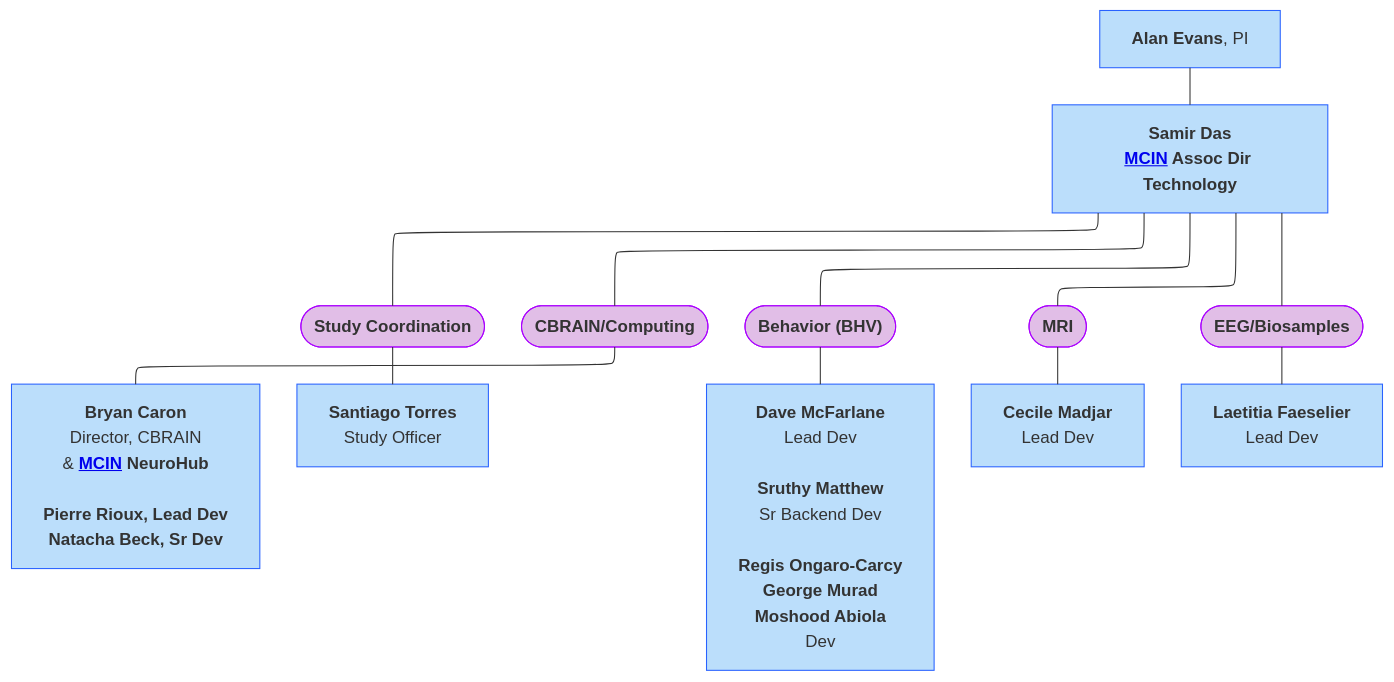
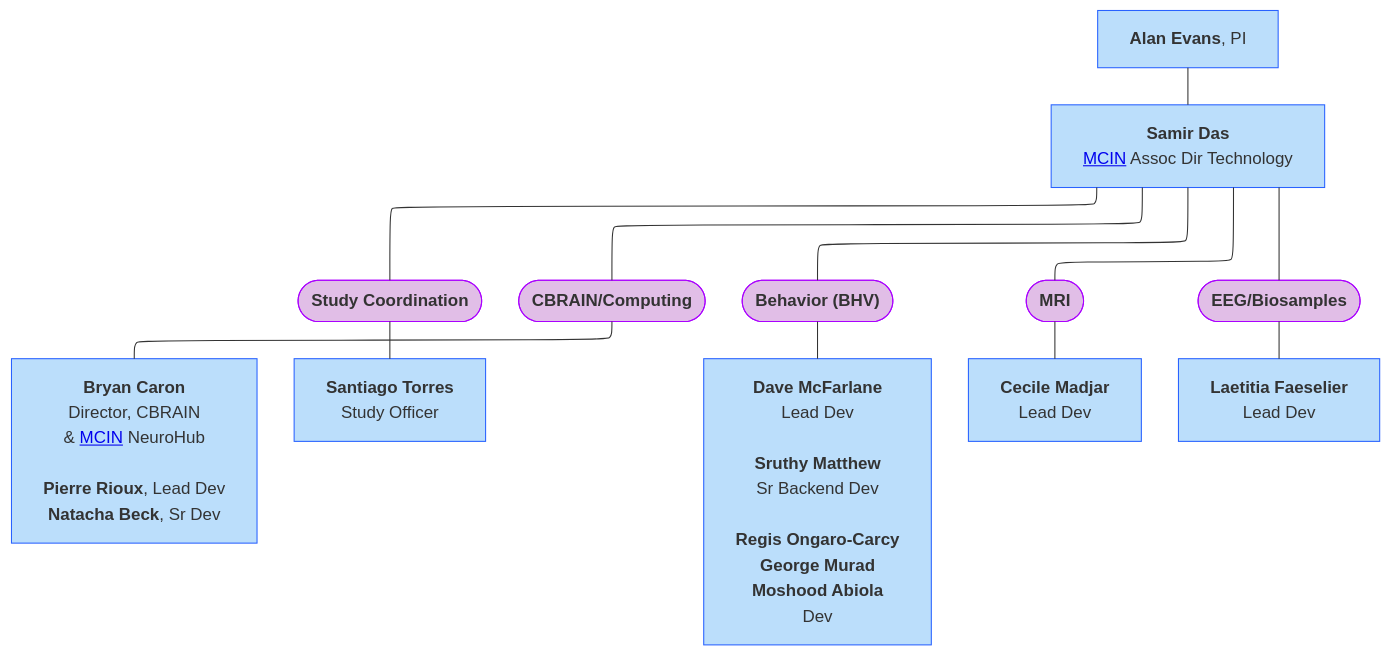
The second of 9 diagrams in docs/orgcharts.md (DCAN-Labs/hbcd-docs-internal), drawn with Mermaid before and after one commit. The commit also changed other lines of this file, not shown here.

Commit message:
fix target blank typo

````diff
--- a/docs/orgcharts.md
+++ b/docs/orgcharts.md
@@ -64,27 +62,27 @@
 ```mermaid
 ---
 config:
   layout: elk
 ---
 flowchart TB
-    A["<b>Alan Evans</b>, PI"] --- nl["<b>Samir Das</b><br><a href="https://mcin.ca/about-mcin/" target="_blank"><b>MCIN</a> Assoc Dir Technology"]
+    A["<b>Alan Evans</b>, PI"] --- nl["<b>Samir Das</b><br><a href="https://mcin.ca/about-mcin/" target="_blank">MCIN</a> Assoc Dir Technology"]
     nl --- n9(["<b>Study Coordination</b>"]) & C(["<b>CBRAIN/Computing</b>"])
-    C --- n12["<b>Bryan Caron</b><br>Director, CBRAIN<br>&amp; <a href="https://mcin.ca/about-mcin/" target="_blank"><b>MCIN</a> NeuroHub<br><br><b>Pierre Rioux</b>, Lead Dev<br><b>Natacha Beck</b>, Sr Dev"]
+    C --- n12["<b>Bryan Caron</b><br>Director, CBRAIN<br>&amp; <a href="https://mcin.ca/about-mcin/" target="_blank">MCIN</a> NeuroHub<br><br><b>Pierre Rioux</b>, Lead Dev<br><b>Natacha Beck</b>, Sr Dev"]
     n9 --- E["<b>Santiago Torres</b><br>Study Officer"]
     F(["<b>Behavior (BHV)</b>"]) --- I["<b>Dave McFarlane</b><br>Lead Dev<br><br><b>Sruthy Matthew</b><br>Sr Backend Dev<br><br><b>Regis Ongaro-Carcy<br>George Murad<br>Moshood Abiola</b><br>Dev"]
     G(["<b>MRI</b>"]) --- L["<b>Cecile Madjar</b><br>Lead Dev"]
     H(["<b>EEG/Biosamples</b>"]) --- M["<b>Laetitia Faeselier</b><br>Lead Dev"]
     nl --- G & H & F
     style A stroke:#2962FF,fill:#BBDEFB
     style nl stroke:#2962FF,fill:#BBDEFB
     style n9 stroke:#AA00FF,fill:#E1BEE7
     style C stroke:#AA00FF,fill:#E1BEE7
     style n12 stroke:#2962FF,fill:#BBDEFB
     style E stroke:#2962FF,fill:#BBDEFB
     style F stroke:#AA00FF,fill:#E1BEE7
     style I stroke:#2962FF,fill:#BBDEFB
     style G stroke:#AA00FF,fill:#E1BEE7
     style L stroke:#2962FF,fill:#BBDEFB
     style H stroke:#AA00FF,fill:#E1BEE7
     style M stroke:#2962FF,fill:#BBDEFB
 ```
````
